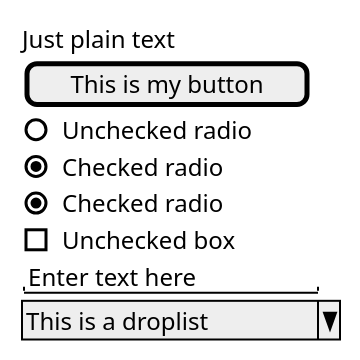
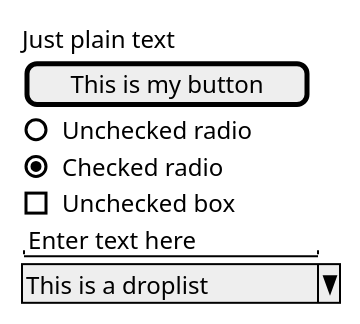
The diagram in doc/gui3.puml (badeand/documatic), drawn with PlantUML before and after one commit. The commit also changed 9 other files, not shown here.

```diff
--- a/doc/gui3.puml
+++ b/doc/gui3.puml
@@ -1,15 +1,15 @@
 @startuml
 'https://plantuml.com/salt
 
 salt
 {
   Just plain text
   [This is my button]
   ()  Unchecked radio
   (X) Checked radio
-  (X) Checked radio
+
   []  Unchecked box
   "Enter text here   "
   ^This is a droplist^
 }
 @enduml
```
